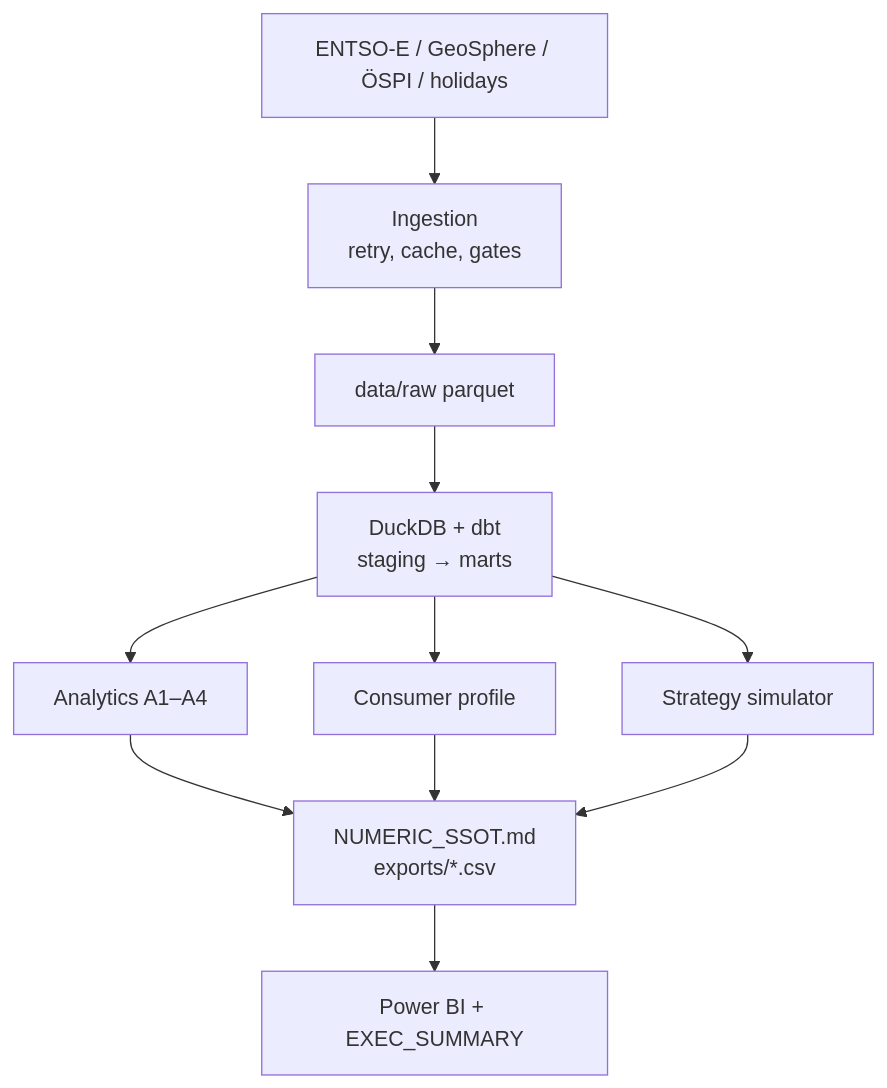
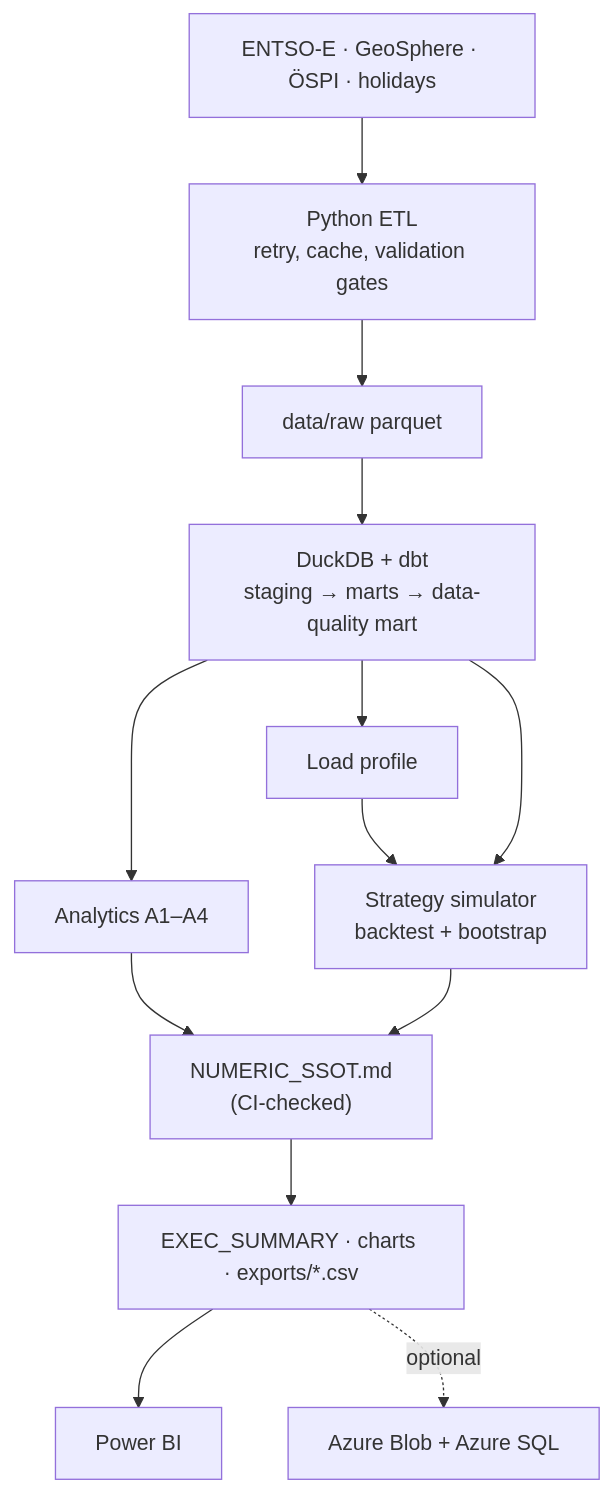
The diagram in README.md (RafaelBraga-Kribitz/energy-procurement-risk-analyzer), drawn with Mermaid before and after one commit. The commit also changed other lines of this file and 62 other files, not shown here.

First line of the commit message:
feat(report): M7 exports, data-quality layer, exec summary, Power BI kit, Azure-ready refit

````diff
--- a/README.md
+++ b/README.md
@@ -21,13 +164,15 @@
 ```mermaid
 flowchart TD
-    SRC["ENTSO-E / GeoSphere / ÖSPI / holidays"] --> ING["Ingestion<br/>retry, cache, gates"]
+    SRC["ENTSO-E · GeoSphere · ÖSPI · holidays"] --> ING["Python ETL<br/>retry, cache, validation gates"]
     ING --> RAW["data/raw parquet"]
-    RAW --> WH["DuckDB + dbt<br/>staging → marts"]
+    RAW --> WH["DuckDB + dbt<br/>staging → marts → data-quality mart"]
+    WH --> P["Load profile"]
     WH --> A["Analytics A1–A4"]
-    WH --> P["Consumer profile"]
-    WH --> S["Strategy simulator"]
-    A --> SSOT["NUMERIC_SSOT.md<br/>exports/*.csv"]
-    P --> SSOT
+    P --> S["Strategy simulator<br/>backtest + bootstrap"]
+    WH --> S
+    A --> SSOT["NUMERIC_SSOT.md<br/>(CI-checked)"]
     S --> SSOT
-    SSOT --> RPT["Power BI + EXEC_SUMMARY"]
+    SSOT --> OUT["EXEC_SUMMARY · charts · exports/*.csv"]
+    OUT --> BI["Power BI"]
+    OUT -.optional.-> AZ["Azure Blob + Azure SQL"]
 ```
````
